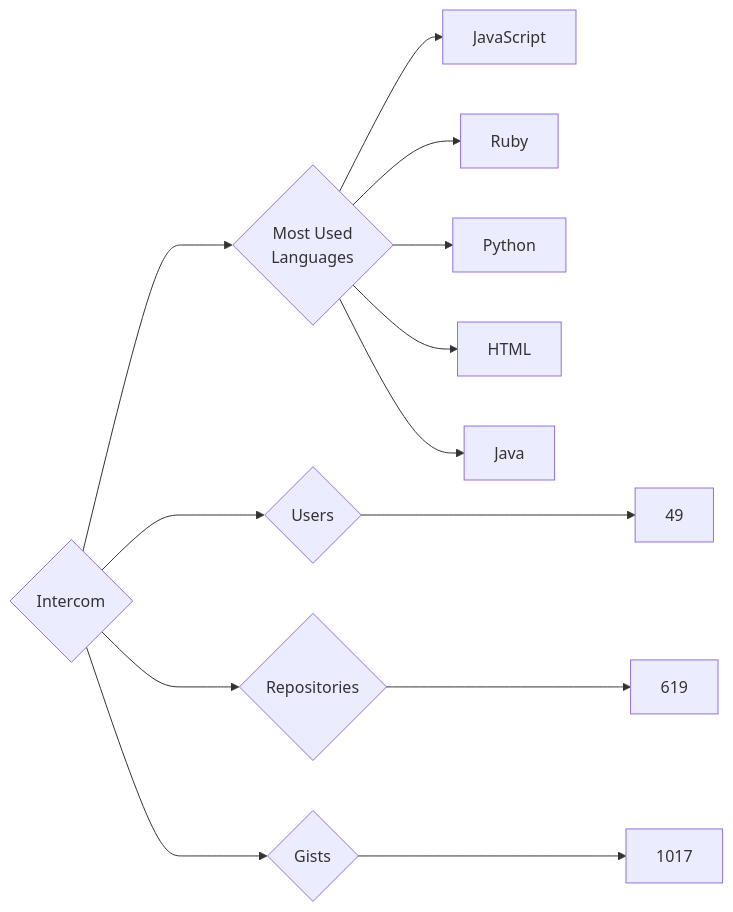
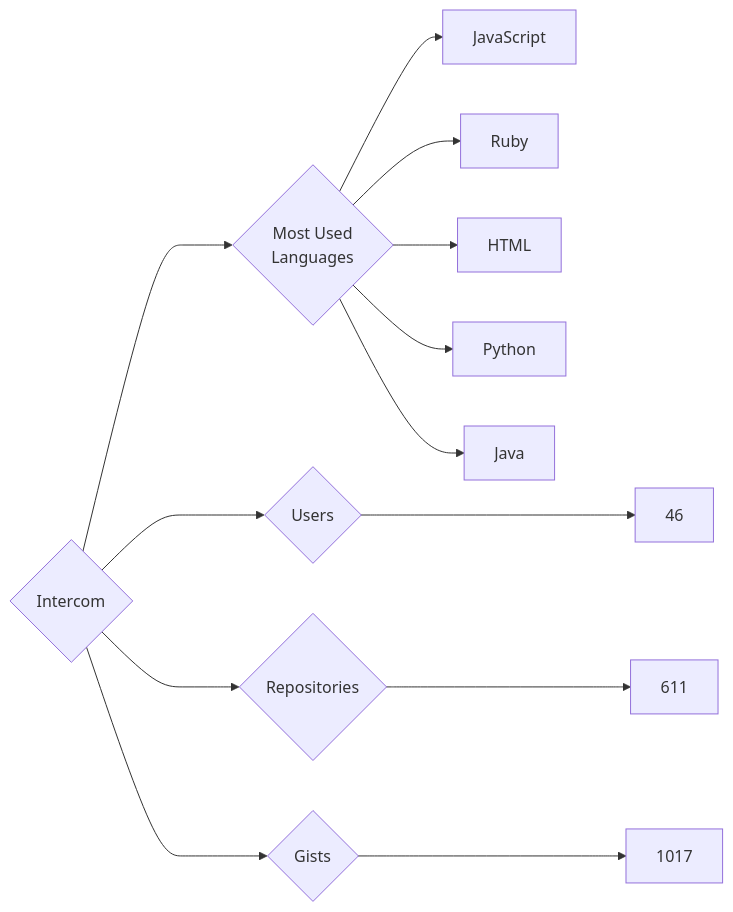
Before and after one commit to trickest/insiders: the diagram in targets/Intercom/README.md, drawn with Mermaid. The commit also changed 1020 other files, not shown here.

````diff
--- a/targets/Intercom/README.md
+++ b/targets/Intercom/README.md
@@ -3,13 +3,13 @@
 ```mermaid
 graph LR
 COMPANY_NAME{Intercom}
-COMPANY_NAME ---> U{Users} ---> UN[49]
-COMPANY_NAME ---> R{Repositories} ---> RN[619]
+COMPANY_NAME ---> U{Users} ---> UN[46]
+COMPANY_NAME ---> R{Repositories} ---> RN[611]
 COMPANY_NAME ---> G{Gists} ---> GN[1017]
 COMPANY_NAME ---> ML{Most Used<br>Languages}
 ML --> JavaScript[JavaScript]
 ML --> Ruby[Ruby]
+ML --> HTML[HTML]
 ML --> Python[Python]
-ML --> HTML[HTML]
 ML --> Java[Java]
 ```
````
